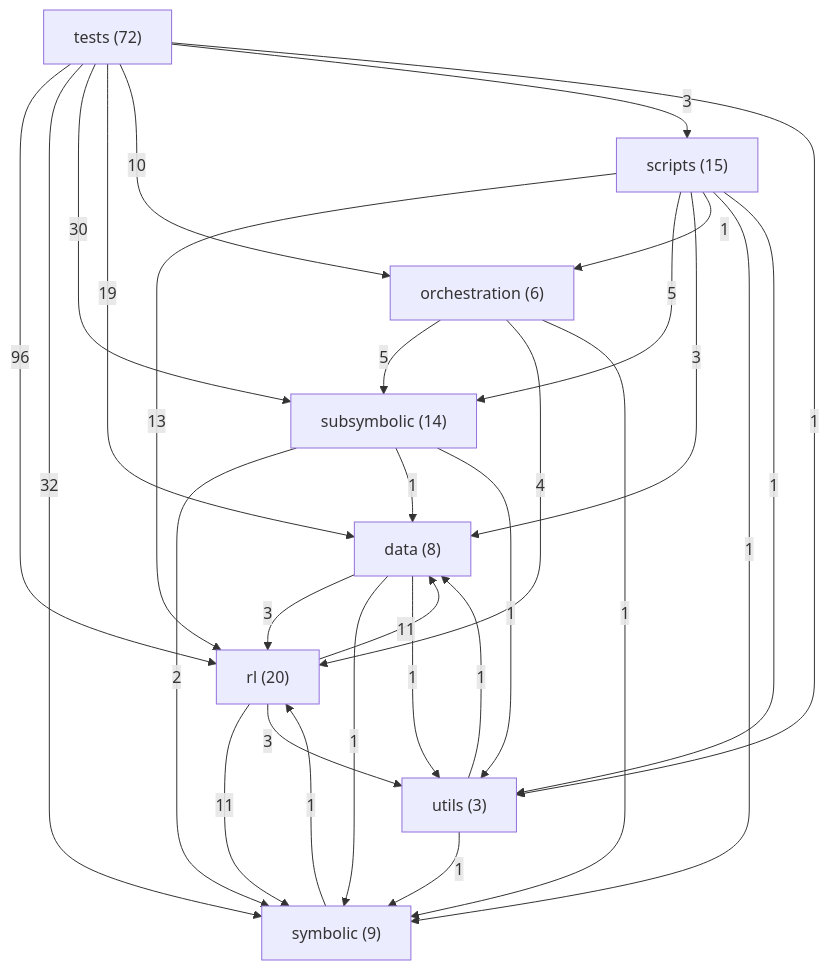
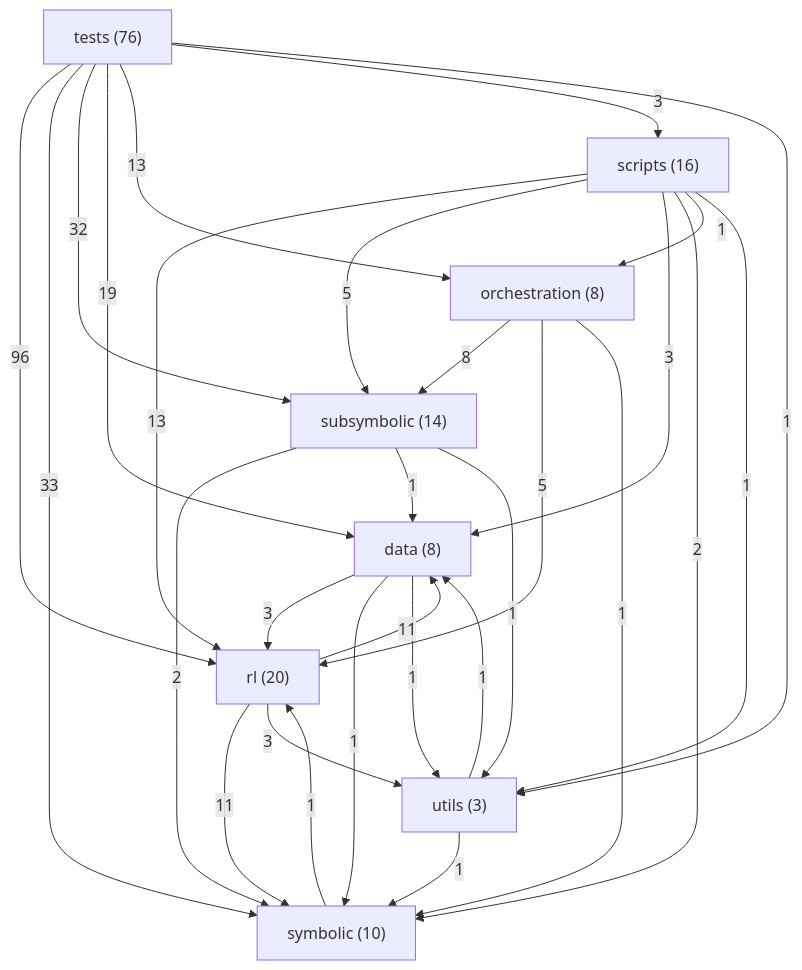
Before and after one commit to danrd/ARC-AGI: the diagram in ARCHITECTURE.md, drawn with Mermaid. The commit also changed other lines of this file and 13 other files, not shown here.

````diff
--- a/ARCHITECTURE.md
+++ b/ARCHITECTURE.md
@@ -173,39 +173,39 @@
 ```mermaid
 graph TD
   data["data (8)"]
-  orchestration["orchestration (6)"]
+  orchestration["orchestration (8)"]
   rl["rl (20)"]
-  scripts["scripts (15)"]
+  scripts["scripts (16)"]
   subsymbolic["subsymbolic (14)"]
-  symbolic["symbolic (9)"]
-  tests["tests (72)"]
+  symbolic["symbolic (10)"]
+  tests["tests (76)"]
   utils["utils (3)"]
   tests -->|96| rl
-  tests -->|32| symbolic
-  tests -->|30| subsymbolic
+  tests -->|33| symbolic
+  tests -->|32| subsymbolic
   tests -->|19| data
   scripts -->|13| rl
+  tests -->|13| orchestration
   rl -->|11| data
   rl -->|11| symbolic
-  tests -->|10| orchestration
-  orchestration -->|5| subsymbolic
+  orchestration -->|8| subsymbolic
+  orchestration -->|5| rl
   scripts -->|5| subsymbolic
-  orchestration -->|4| rl
   data -->|3| rl
   rl -->|3| utils
   scripts -->|3| data
   tests -->|3| scripts
+  scripts -->|2| symbolic
   subsymbolic -->|2| symbolic
   data -->|1| symbolic
   data -->|1| utils
   orchestration -->|1| symbolic
   scripts -->|1| orchestration
-  scripts -->|1| symbolic
   scripts -->|1| utils
   subsymbolic -->|1| data
   subsymbolic -->|1| utils
   symbolic -->|1| rl
   tests -->|1| utils
   utils -->|1| data
   utils -->|1| symbolic
 ```
````
